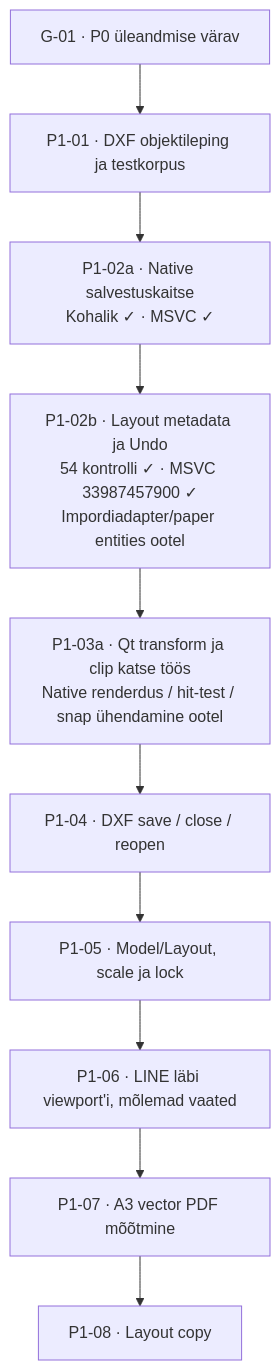
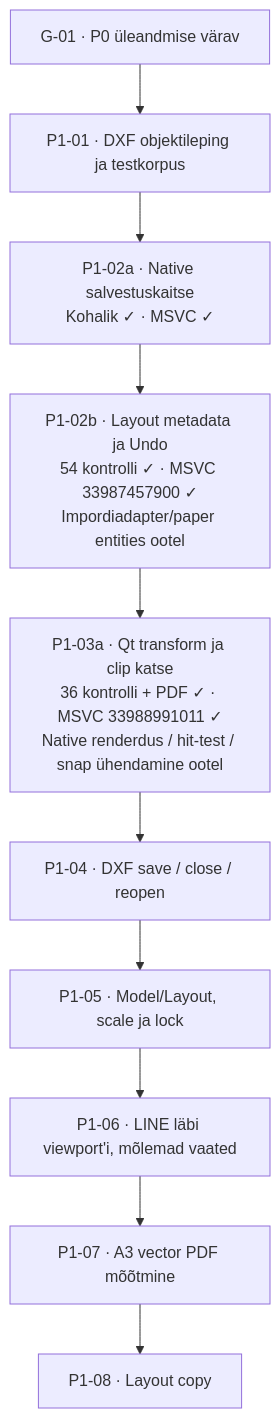
One commit to T3stin-svg/kuubik-draw-native changed the second of 2 diagrams in docs/ROADMAP.md. Above: the diagram before and after it, drawn with Mermaid. The commit also changed other lines of this file and 11 other files, not shown here.

````diff
--- a/docs/ROADMAP.md
+++ b/docs/ROADMAP.md
@@ -165,12 +175,12 @@
 ```mermaid
 flowchart TD
     G["G-01 · P0 üleandmise värav"] --> A["P1-01 · DXF objektileping ja testkorpus"]
     A --> S["P1-02a · Native salvestuskaitse<br/>Kohalik ✓ · MSVC ✓"]
     S --> B["P1-02b · Layout metadata ja Undo<br/>54 kontrolli ✓ · MSVC 33987457900 ✓<br/>Impordiadapter/paper entities ootel"]
-    B --> C["P1-03a · Qt transform ja clip katse töös<br/>Native renderdus / hit-test / snap ühendamine ootel"]
+    B --> C["P1-03a · Qt transform ja clip katse<br/>36 kontrolli + PDF ✓ · MSVC 33988991011 ✓<br/>Native renderdus / hit-test / snap ühendamine ootel"]
     C --> D["P1-04 · DXF save / close / reopen"]
     D --> E["P1-05 · Model/Layout, scale ja lock"]
     E --> F["P1-06 · LINE läbi viewport'i, mõlemad vaated"]
     F --> H["P1-07 · A3 vector PDF mõõtmine"]
     H --> I["P1-08 · Layout copy"]
 ```
````
